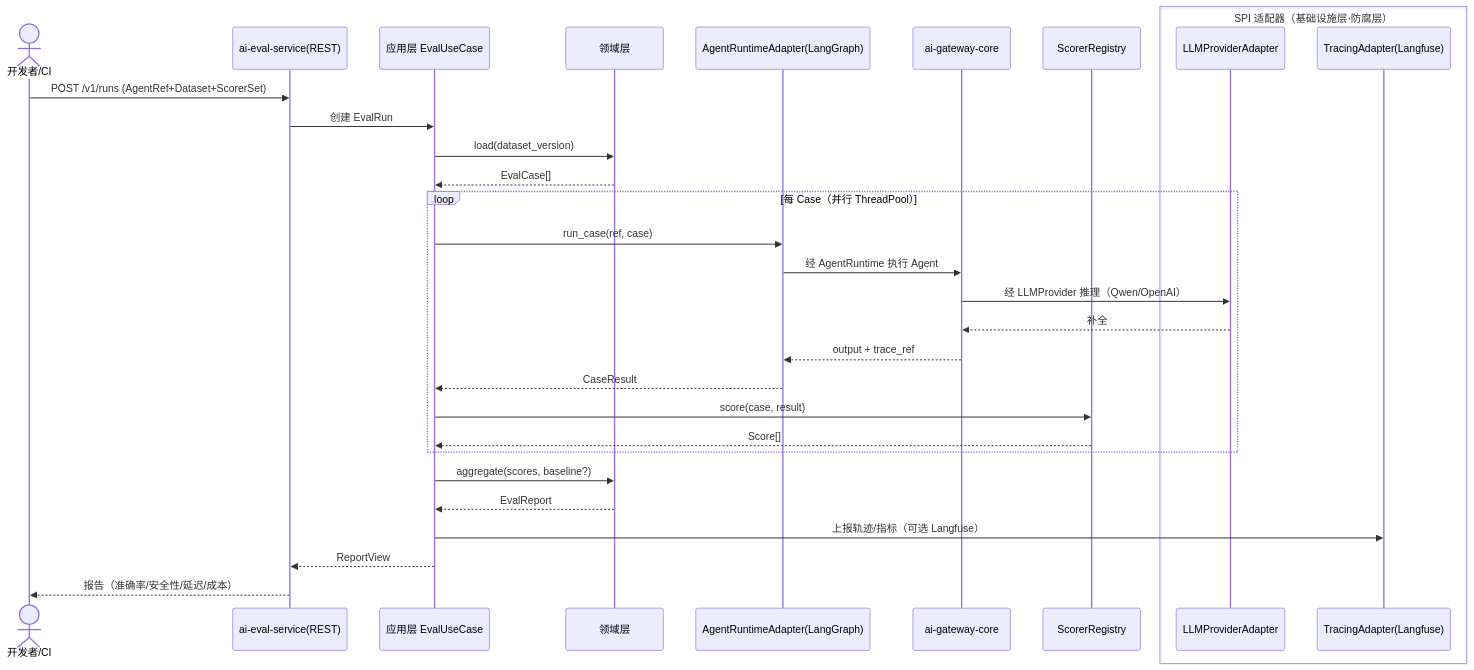
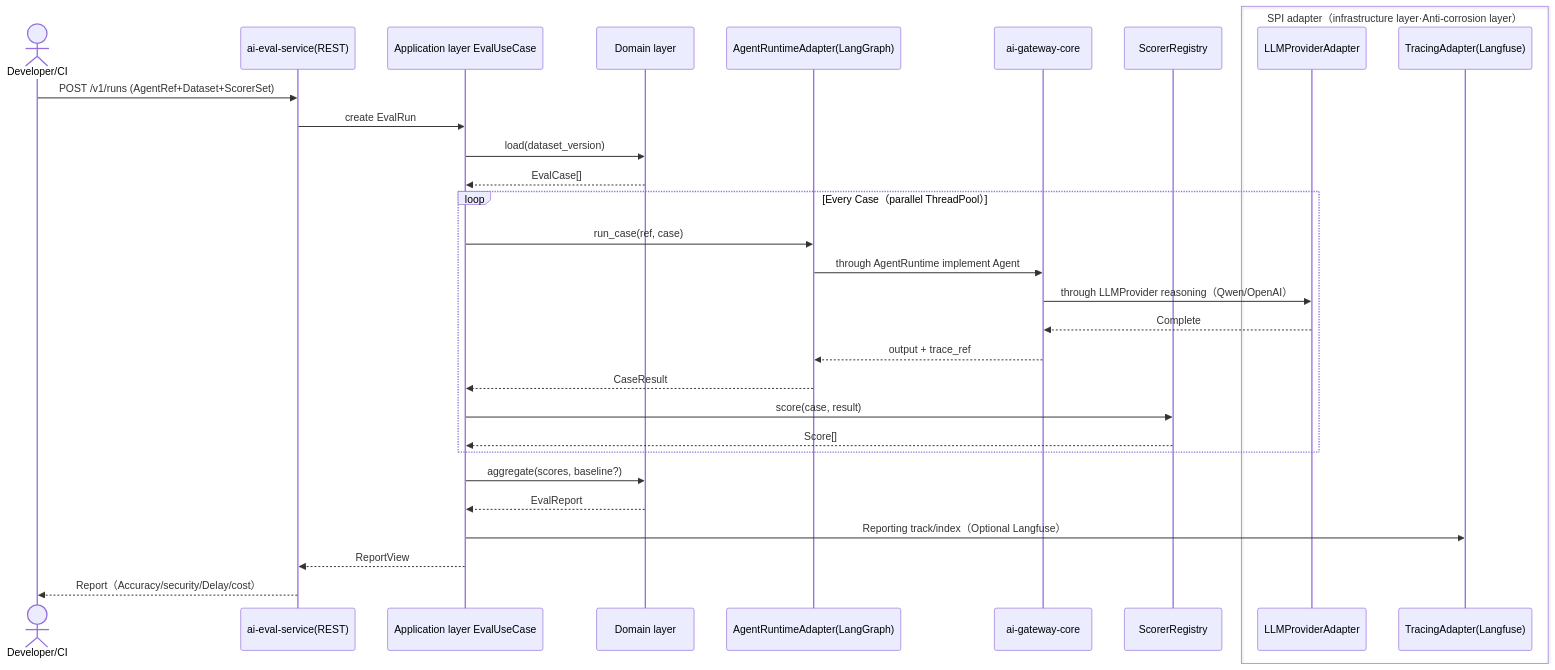
The fourth of 6 diagrams in design/DESIGN.md (open-strata-ai/ai-eval-service), drawn with Mermaid before and after one commit. The commit also changed other lines of this file and 11 other files, not shown here.

````diff
--- a/design/DESIGN.md
+++ b/design/DESIGN.md
@@ -406,33 +406,33 @@
 ```mermaid
 sequenceDiagram
-    actor Dev as 开发者/CI
+    actor Dev as Developer/CI
     participant API as ai-eval-service(REST)
-    participant APP as 应用层 EvalUseCase
-    participant DOM as 领域层
+    participant APP as Application layer EvalUseCase
+    participant DOM as Domain layer
     participant RT as AgentRuntimeAdapter(LangGraph)
     participant GW as ai-gateway-core
     participant SC as ScorerRegistry
-    box SPI 适配器（基础设施层·防腐层）
+    box SPI adapter（infrastructure layer·Anti-corrosion layer）
     participant LLM as LLMProviderAdapter
     participant TR as TracingAdapter(Langfuse)
     end
     Dev->>API: POST /v1/runs (AgentRef+Dataset+ScorerSet)
-    API->>APP: 创建 EvalRun
+    API->>APP: create EvalRun
     APP->>DOM: load(dataset_version)
     DOM-->>APP: EvalCase[]
-    loop 每 Case（并行 ThreadPool）
+    loop Every Case（parallel ThreadPool）
         APP->>RT: run_case(ref, case)
-        RT->>GW: 经 AgentRuntime 执行 Agent
-        GW->>LLM: 经 LLMProvider 推理（Qwen/OpenAI）
-        LLM-->>GW: 补全
+        RT->>GW: through AgentRuntime implement Agent
+        GW->>LLM: through LLMProvider reasoning（Qwen/OpenAI）
+        LLM-->>GW: Complete
         GW-->>RT: output + trace_ref
         RT-->>APP: CaseResult
         APP->>SC: score(case, result)
         SC-->>APP: Score[]
     end
     APP->>DOM: aggregate(scores, baseline?)
     DOM-->>APP: EvalReport
-    APP->>TR: 上报轨迹/指标（可选 Langfuse）
+    APP->>TR: Reporting track/index（Optional Langfuse）
     APP-->>API: ReportView
-    API-->>Dev: 报告（准确率/安全性/延迟/成本）
+    API-->>Dev: Report（Accuracy/security/Delay/cost）
 ```
````
